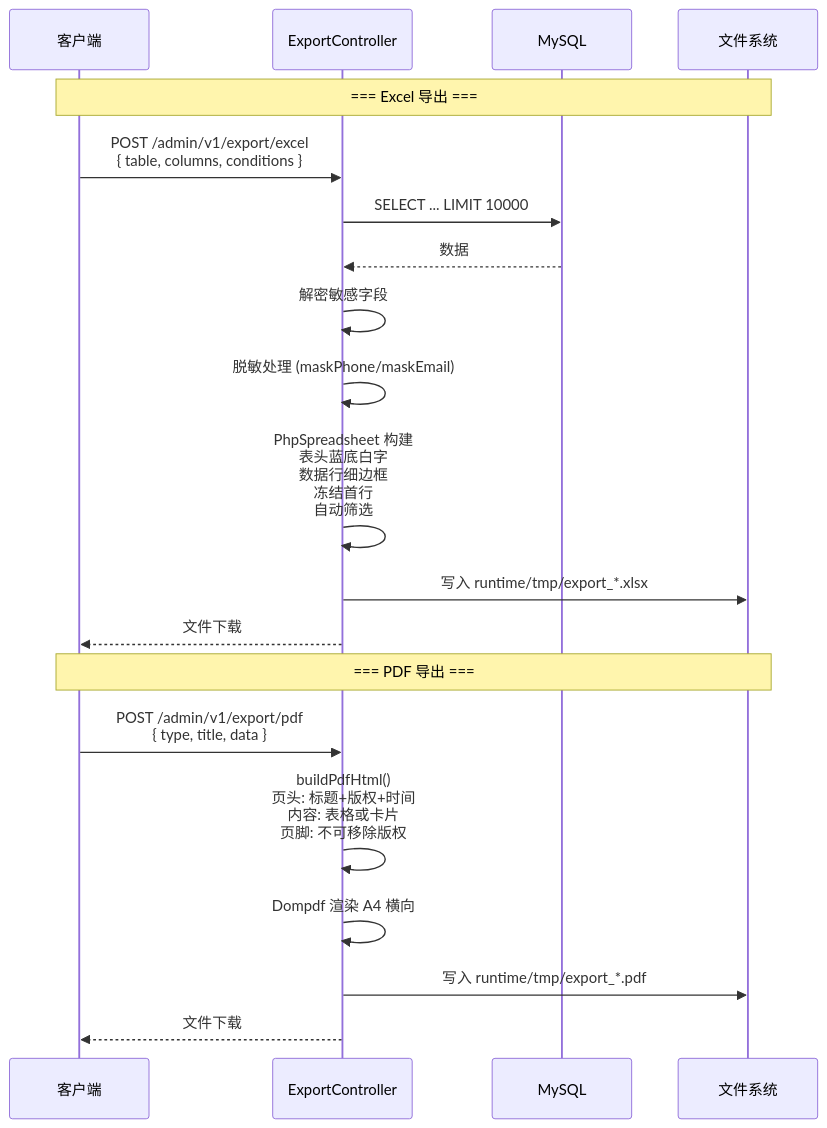
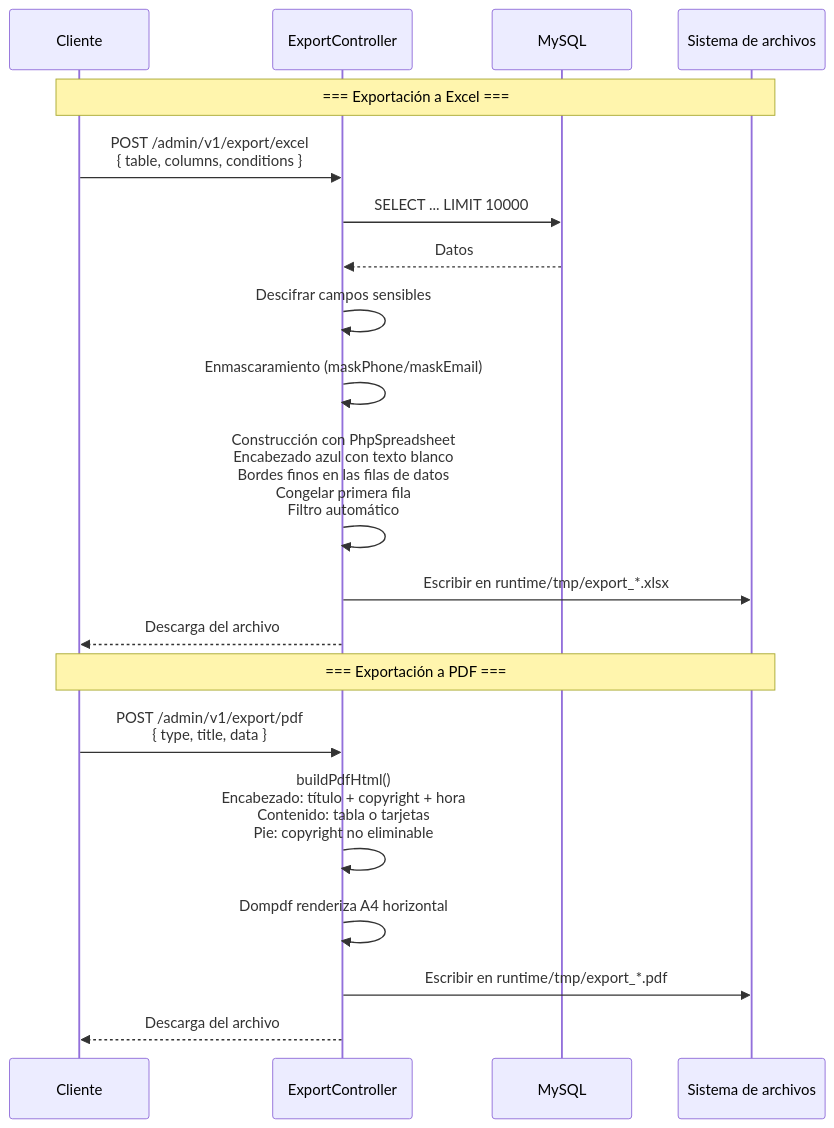
Before and after one commit to erikwang2013/game-platform-php: the tenth of 14 diagrams in admin/docs/ARCHITECTURE.es.md, drawn with Mermaid. The commit also changed other lines of this file and 211 other files, not shown here.

First line of the commit message:
fix: 支付配置读回类型根治、提现事件对账巡检，12 语族 mermaid 与 API 标签本地化

````diff
--- a/admin/docs/ARCHITECTURE.es.md
+++ b/admin/docs/ARCHITECTURE.es.md
@@ -520,24 +520,24 @@
 ```mermaid
 sequenceDiagram
-    participant C as 客户端
+    participant C as Cliente
     participant CTL as ExportController
     participant DB as MySQL
-    participant FS as 文件系统
+    participant FS as Sistema de archivos
 
-    Note over C,FS: === Excel 导出 ===
+    Note over C,FS: === Exportación a Excel ===
     C->>CTL: POST /admin/v1/export/excel<br/>{ table, columns, conditions }
     CTL->>DB: SELECT ... LIMIT 10000
-    DB-->>CTL: 数据
-    CTL->>CTL: 解密敏感字段
-    CTL->>CTL: 脱敏处理 (maskPhone/maskEmail)
-    CTL->>CTL: PhpSpreadsheet 构建<br/>表头蓝底白字<br/>数据行细边框<br/>冻结首行<br/>自动筛选
-    CTL->>FS: 写入 runtime/tmp/export_*.xlsx
-    CTL-->>C: 文件下载
+    DB-->>CTL: Datos
+    CTL->>CTL: Descifrar campos sensibles
+    CTL->>CTL: Enmascaramiento (maskPhone/maskEmail)
+    CTL->>CTL: Construcción con PhpSpreadsheet<br/>Encabezado azul con texto blanco<br/>Bordes finos en las filas de datos<br/>Congelar primera fila<br/>Filtro automático
+    CTL->>FS: Escribir en runtime/tmp/export_*.xlsx
+    CTL-->>C: Descarga del archivo
 
-    Note over C,FS: === PDF 导出 ===
+    Note over C,FS: === Exportación a PDF ===
     C->>CTL: POST /admin/v1/export/pdf<br/>{ type, title, data }
-    CTL->>CTL: buildPdfHtml()<br/>页头: 标题+版权+时间<br/>内容: 表格或卡片<br/>页脚: 不可移除版权
-    CTL->>CTL: Dompdf 渲染 A4 横向
-    CTL->>FS: 写入 runtime/tmp/export_*.pdf
-    CTL-->>C: 文件下载
+    CTL->>CTL: buildPdfHtml()<br/>Encabezado: título + copyright + hora<br/>Contenido: tabla o tarjetas<br/>Pie: copyright no eliminable
+    CTL->>CTL: Dompdf renderiza A4 horizontal
+    CTL->>FS: Escribir en runtime/tmp/export_*.pdf
+    CTL-->>C: Descarga del archivo
 ```
````
